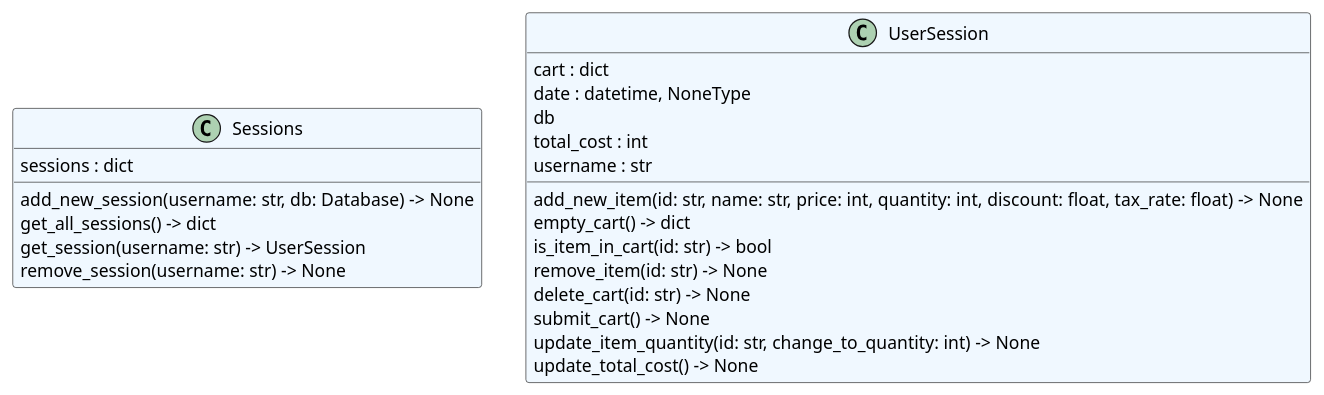
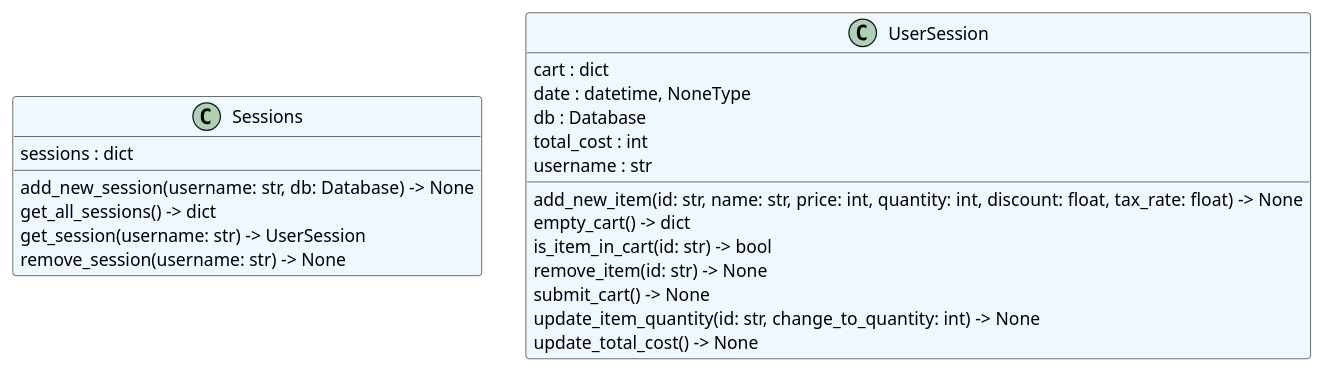
One commit to brookiew/group0_project changed the diagram in docs/diagrams/system/core_classes.puml. Above: the diagram before and after it, drawn with PlantUML. The commit also changed 5 other files, not shown here.

```diff
--- a/docs/diagrams/system/core_classes.puml
+++ b/docs/diagrams/system/core_classes.puml
@@ -1,25 +1,24 @@
 @startuml classes
 set namespaceSeparator none
-class "Sessions" as store.core.session.Sessions #aliceblue {
+class "Sessions" as core.session.Sessions #aliceblue {
   sessions : dict
   add_new_session(username: str, db: Database) -> None
   get_all_sessions() -> dict
   get_session(username: str) -> UserSession
   remove_session(username: str) -> None
 }
-class "UserSession" as store.core.session.UserSession #aliceblue {
+class "UserSession" as core.session.UserSession #aliceblue {
   cart : dict
   date : datetime, NoneType
-  db
+  db : Database
   total_cost : int
   username : str
   add_new_item(id: str, name: str, price: int, quantity: int, discount: float, tax_rate: float) -> None
   empty_cart() -> dict
   is_item_in_cart(id: str) -> bool
   remove_item(id: str) -> None
-  delete_cart(id: str) -> None
   submit_cart() -> None
   update_item_quantity(id: str, change_to_quantity: int) -> None
   update_total_cost() -> None
 }
 @enduml
```
